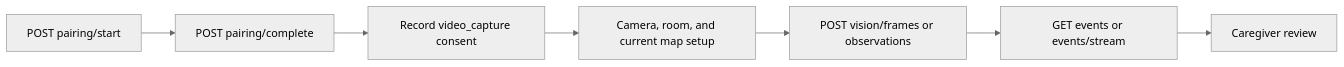
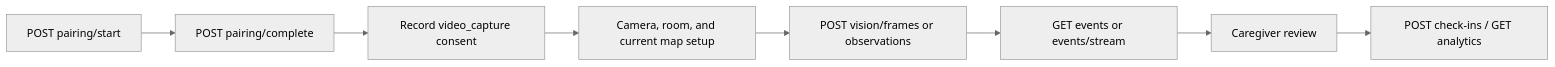
The diagram in pages/api/overview.md (0xbiel/one-docs), drawn with Mermaid (neutral theme) before and after one commit. The commit also changed other lines of this file and 19 other files, not shown here.

````diff
--- a/pages/api/overview.md
+++ b/pages/api/overview.md
@@ -43,9 +51,10 @@
 ```mermaid
 flowchart LR
     start[POST pairing/start] --> complete[POST pairing/complete]
     complete --> consent[Record video_capture consent]
     consent --> setup[Camera, room, and current map setup]
     setup --> ingest[POST vision/frames or observations]
     ingest --> review[GET events or events/stream]
     review --> caregiver[Caregiver review]
+    caregiver --> checkin[POST check-ins / GET analytics]
 ```
````
